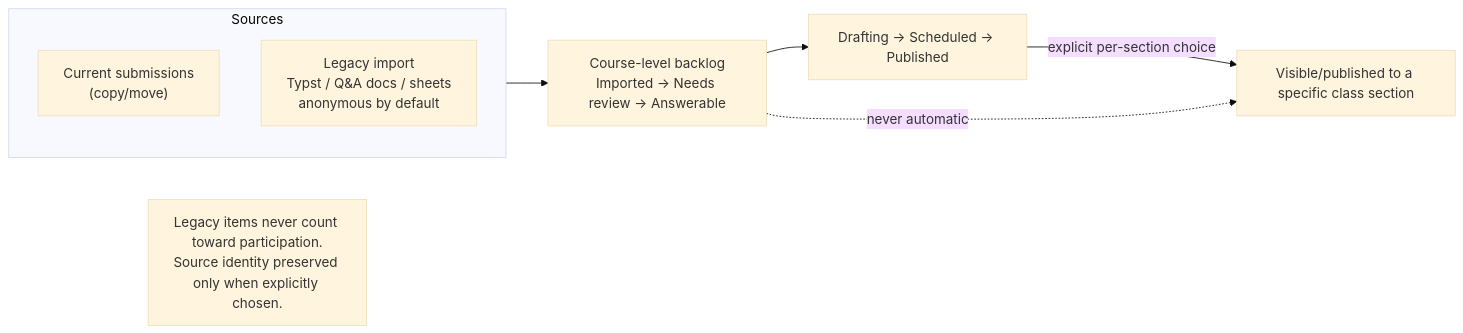
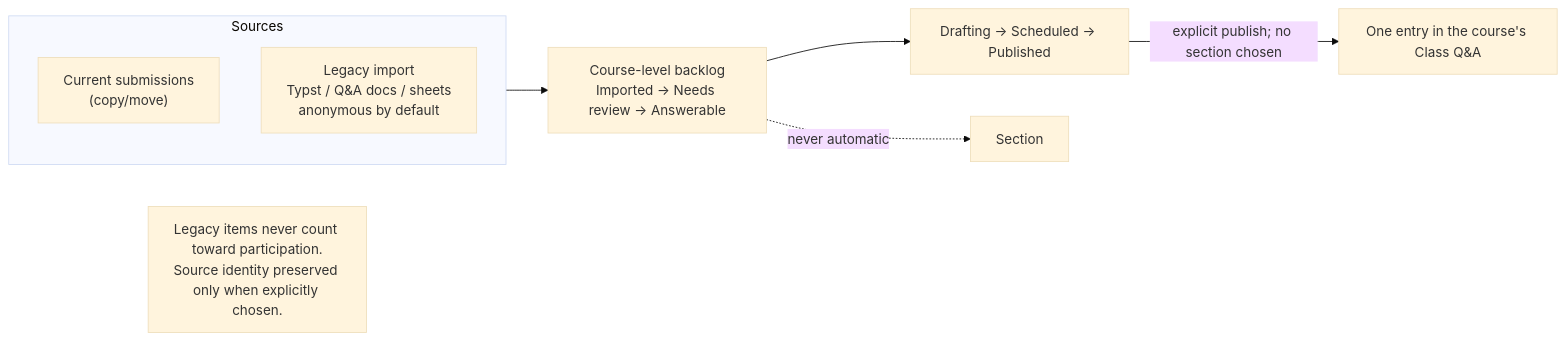
The seventh of 9 diagrams in AGENTS.md (jarlericaa/dcs-class-feedback), drawn with Mermaid (base theme) before and after one commit. The commit also changed other lines of this file and 63 other files, not shown here.

````diff
--- a/AGENTS.md
+++ b/AGENTS.md
@@ -229,12 +229,12 @@
 ```mermaid
 flowchart LR
   subgraph Sources
     Live["Current submissions<br/>(copy/move)"]
     Legacy["Legacy import<br/>Typst / Q&A docs / sheets<br/>anonymous by default"]
   end
   Sources --> Backlog["Course-level backlog<br/>Imported → Needs review → Answerable"]
   Backlog --> Draft["Drafting → Scheduled → Published"]
-  Draft -->|"explicit per-section choice"| Section["Visible/published to a specific class section"]
+  Draft -->|"explicit publish; no section chosen"| Course["One entry in the course's Class Q&A"]
   Backlog -.->|"never automatic"| Section
   Note1["Legacy items never count toward participation.<br/>Source identity preserved only when explicitly chosen."]
 ```
````
